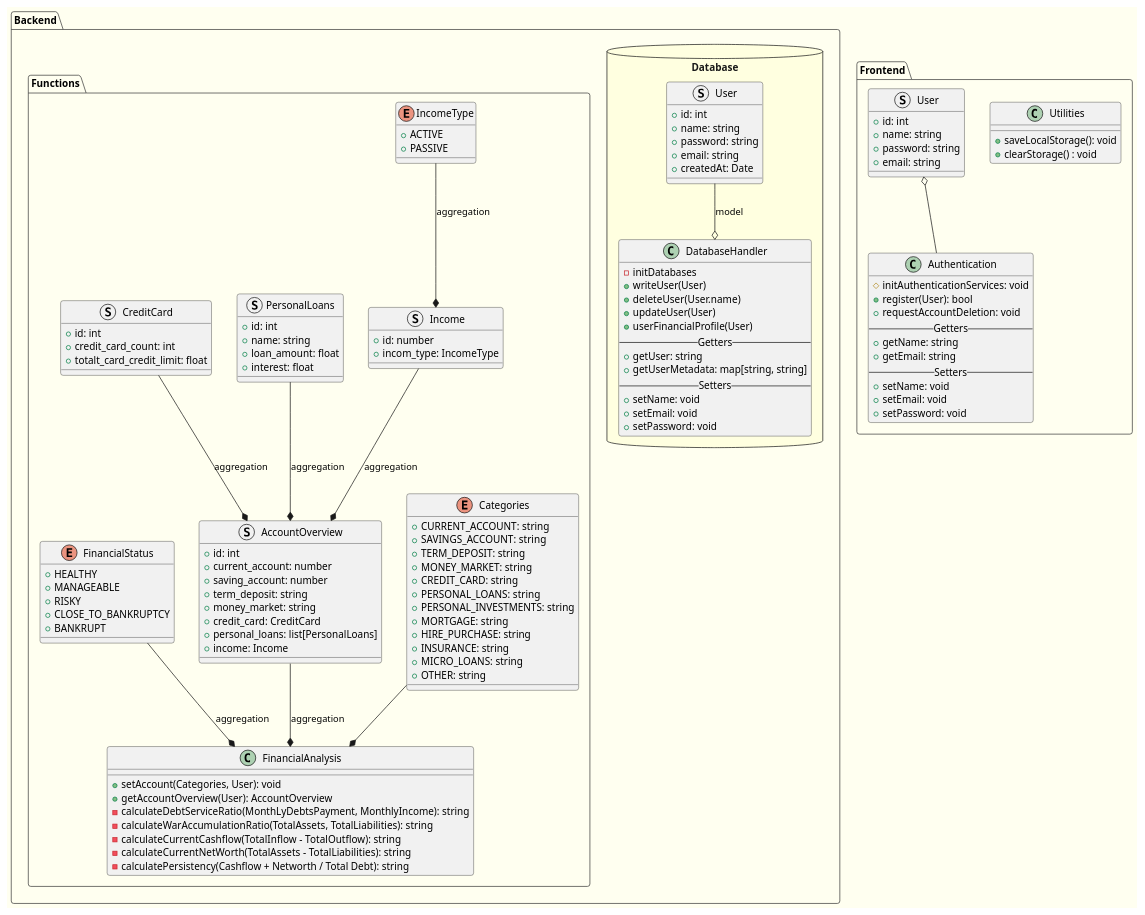
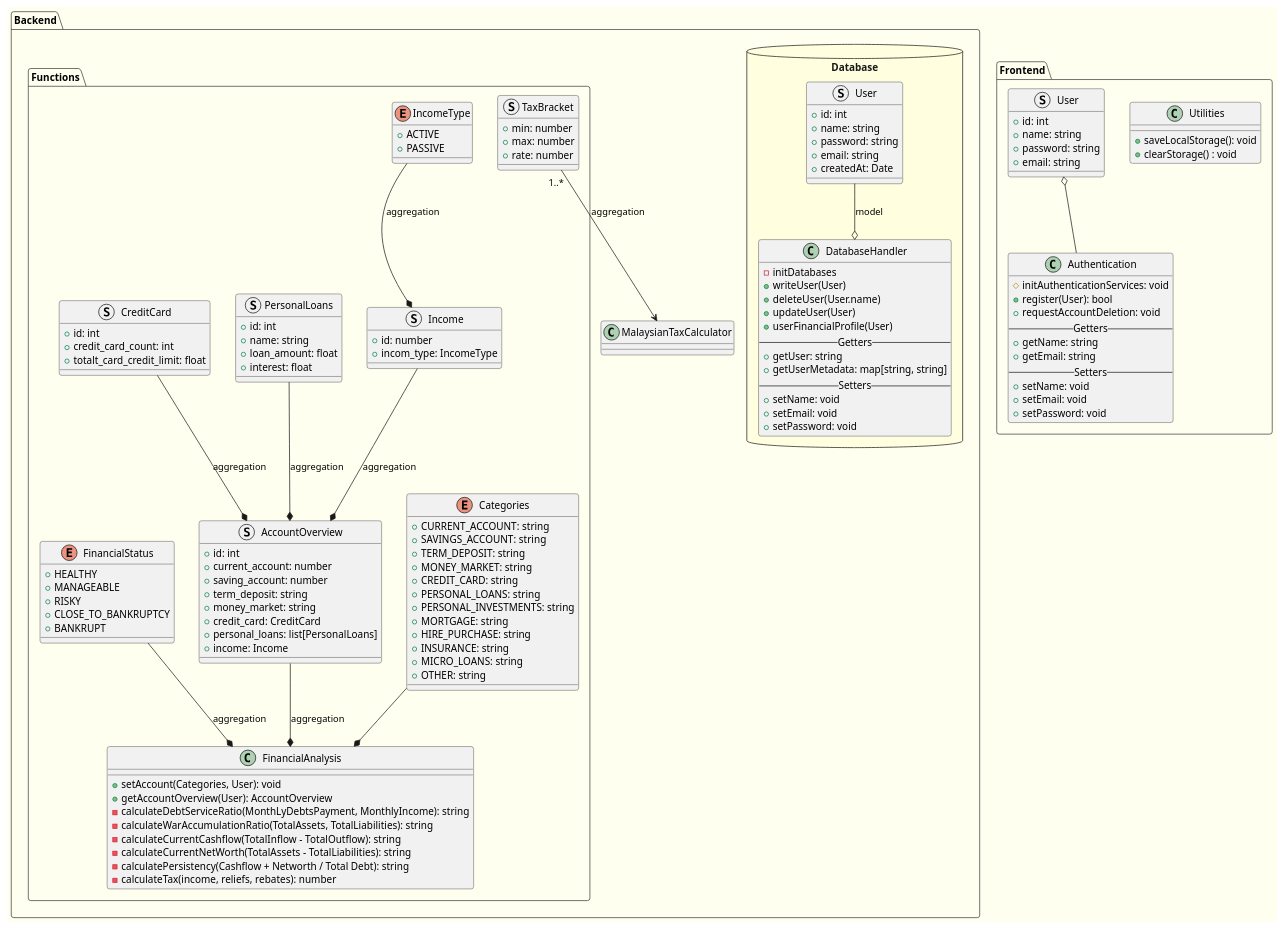
Before and after one commit to ctkqiang/PayNetHackathon: the diagram in PayNetHackathonArchitecture/LOGIC_COMPONENTS.puml, drawn with PlantUML. The commit also changed 3 other files, not shown here.

Commit message:
Added Malaysian Taxation #4 updated class diagram

```diff
--- a/PayNetHackathonArchitecture/LOGIC_COMPONENTS.puml
+++ b/PayNetHackathonArchitecture/LOGIC_COMPONENTS.puml
@@ -1,157 +1,166 @@
 @startuml Logic Components
 
 !theme mars
 
 skinparam handwritten false
 skinparam shadowing false
 skinparam backgroundColor #FFFFF0
 
 package Backend {
     package Database <<Database>> #LightYellow {
         class DatabaseHandler {
             - initDatabases
             + writeUser(User)
             + deleteUser(User.name)
             + updateUser(User)
             + userFinancialProfile(User)
             --Getters--
             + getUser: string
             + getUserMetadata: map[string, string]
             --Setters--
             + setName: void
             + setEmail: void
             + setPassword: void
         }
 
         struct User {
             + id: int
             + name: string
             + password: string
             + email: string
             + createdAt: Date
         }
     }
 
     package Functions {
         enum Categories {
             + CURRENT_ACCOUNT: string
             + SAVINGS_ACCOUNT: string
             + TERM_DEPOSIT: string
             + MONEY_MARKET: string
             + CREDIT_CARD: string
             + PERSONAL_LOANS: string
             + PERSONAL_INVESTMENTS: string
             + MORTGAGE: string
             + HIRE_PURCHASE: string
             + INSURANCE: string
             + MICRO_LOANS: string
             + OTHER: string
         }
 
         struct AccountOverview {
             + id: int
             + current_account: number
             + saving_account: number
             + term_deposit: string
             + money_market: string
             + credit_card: CreditCard
             + personal_loans: list[PersonalLoans]
             + income: Income
         }
 
         enum IncomeType {
             + ACTIVE
             + PASSIVE
         }
 
         struct Income {
             + id: number
             + incom_type: IncomeType
         }
 
         struct PersonalLoans {
             + id: int
             + name: string
             + loan_amount: float
             + interest: float
         }
 
         struct CreditCard {
             + id: int
             + credit_card_count: int
             + totalt_card_credit_limit: float
         }
 
         enum FinancialStatus {
             + HEALTHY
             + MANAGEABLE
             + RISKY
             + CLOSE_TO_BANKRUPTCY
             + BANKRUPT 
         }
 
+        struct TaxBracket {
+            + min: number
+            + max: number
+            + rate: number
+        }
+
         class FinancialAnalysis {
             + setAccount(Categories, User): void
             + getAccountOverview(User): AccountOverview
             - calculateDebtServiceRatio(MonthLyDebtsPayment, MonthlyIncome): string 
             - calculateWarAccumulationRatio(TotalAssets, TotalLiabilities): string
             - calculateCurrentCashflow(TotalInflow - TotalOutflow): string
             - calculateCurrentNetWorth(TotalAssets - TotalLiabilities): string
             - calculatePersistency(Cashflow + Networth / Total Debt): string
+            - calculateTax(income, reliefs, rebates): number
         }
     }
 
     ' note bottom of calculateDebtServiceRatio
     '     Debt Service Ratio (DSR):
     '     This method calculates the Debt Service Ratio based on monthly debt payments and income.
     '     It returns a string representing the DSR value.
 
     '     Summary of DSR Interpretations:
     '     - <&lt; 30% &gt;: Healthy, low risk, strong financial position (Good)
     '     - <&lt; 30% - 40% &gt;: Manageable, generally acceptable (Neutral/Acceptable)
     '     - <&lt; > 40% &gt;: Higher debt load, increased financial strain (Risky/Bad)
     '     - <&lt; > 50% &gt;: Financially overburdened, high risk (Very Bad)
     ' end note
 
     User --o DatabaseHandler :model
     Categories --* FinancialAnalysis
 
     AccountOverview --* FinancialAnalysis :aggregation
     CreditCard --* AccountOverview :aggregation
     PersonalLoans --* AccountOverview :aggregation
     IncomeType --* Income: aggregation
     Income --* AccountOverview :aggregation
     FinancialStatus --* FinancialAnalysis :aggregation
+
+    TaxBracket "1..*" --> MalaysianTaxCalculator :aggregation
 
 }
 
 package Frontend {
     class Authentication {
         # initAuthenticationServices: void
         + register(User): bool
         + requestAccountDeletion: void
         --Getters--
         + getName: string
         + getEmail: string
         --Setters--
         + setName: void
         + setEmail: void
         + setPassword: void
     }
 
     class Utilities {
         + saveLocalStorage(): void
         + clearStorage() : void
     }
 
     struct User {
         + id: int
         + name: string
         + password: string 
         + email: string
     }
 
     User o-- Authentication
 }
 
 @enduml
```
